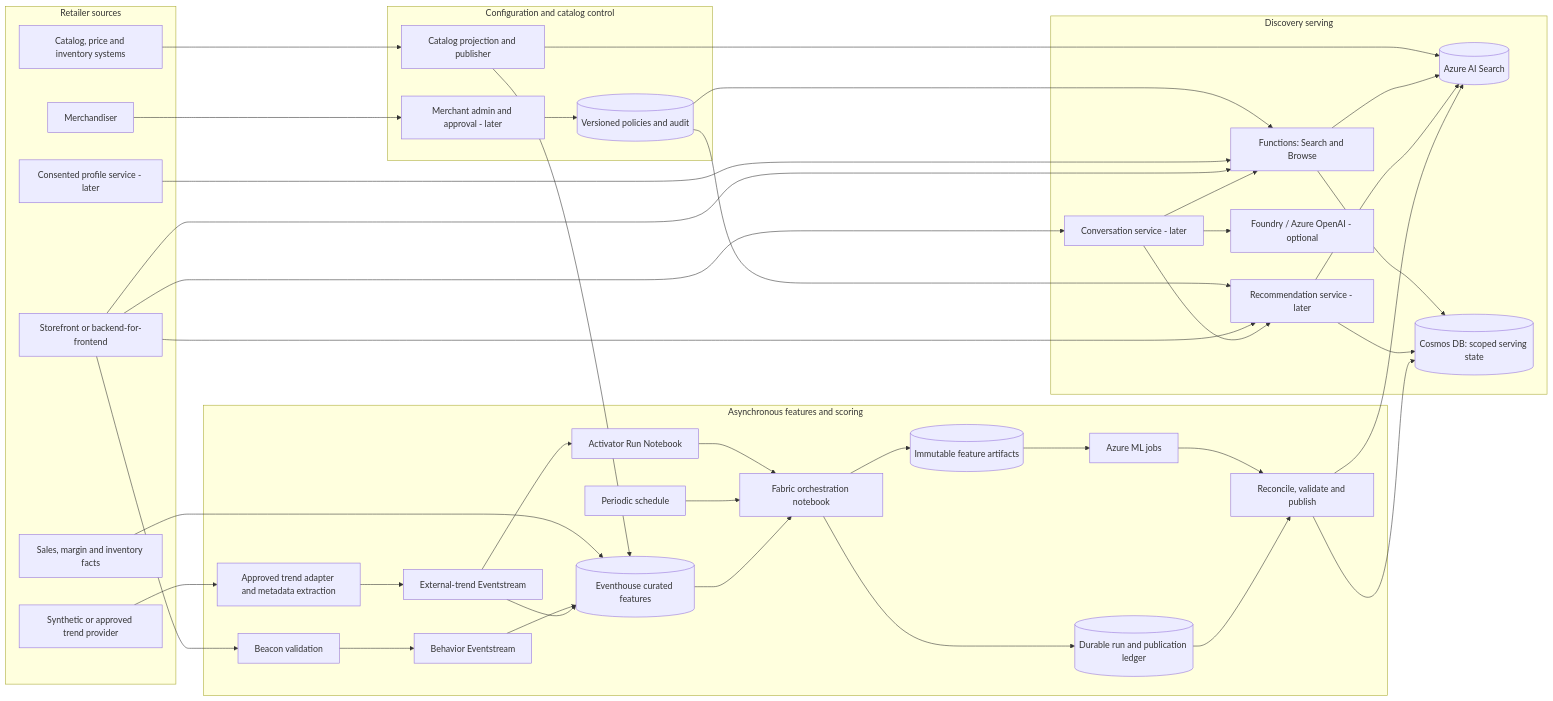
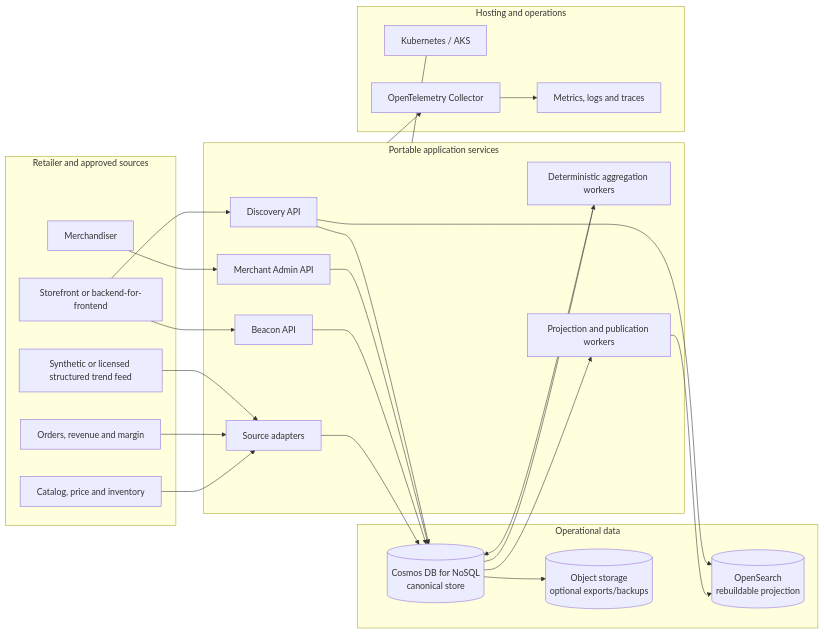
The first of 2 diagrams in docs/architecture/azure-commerce-search-platform-design.md (duongthaiha/dynamic-real-time-search), drawn with Mermaid before and after one commit. The commit also changed other lines of this file and 1 other file, not shown here.

````diff
--- a/docs/architecture/azure-commerce-search-platform-design.md
+++ b/docs/architecture/azure-commerce-search-platform-design.md
@@ -53,65 +90,50 @@
 ```mermaid
 flowchart LR
-    subgraph Sources["Retailer sources"]
-        CAT["Catalog, price and inventory systems"]
-        COM["Sales, margin and inventory facts"]
+    subgraph Sources["Retailer and approved sources"]
+        CAT["Catalog, price and inventory"]
+        COM["Orders, revenue and margin"]
+        EXT["Synthetic or licensed structured trend feed"]
         SHOP["Storefront or backend-for-frontend"]
-        PROF["Consented profile service - later"]
-        EXT["Synthetic or approved trend provider"]
         MER["Merchandiser"]
     end
-    subgraph Serving["Discovery serving"]
-        API["Functions: Search and Browse"]
-        REC["Recommendation service - later"]
-        CONV["Conversation service - later"]
-        IDX[("Azure AI Search")]
-        STATE[("Cosmos DB: scoped serving state")]
-        LLM["Foundry / Azure OpenAI - optional"]
+
+    subgraph Services["Portable application services"]
+        API["Discovery API"]
+        BEA["Beacon API"]
+        ADMIN["Merchant Admin API"]
+        ING["Source adapters"]
+        AGG["Deterministic aggregation workers"]
+        PUB["Projection and publication workers"]
     end
-    subgraph Control["Configuration and catalog control"]
-        SYNC["Catalog projection and publisher"]
-        ADMIN["Merchant admin and approval - later"]
-        CFG[("Versioned policies and audit")]
+
+    subgraph Data["Operational data"]
+        COSMOS[("Cosmos DB for NoSQL\ncanonical store")]
+        SEARCH[("OpenSearch\nrebuildable projection")]
+        OBJ[("Object storage\noptional exports/backups")]
     end
-    subgraph Learning["Asynchronous features and scoring"]
-        BEA["Beacon validation"]
-        BES["Behavior Eventstream"]
-        EXTAD["Approved trend adapter and metadata extraction"]
-        XES["External-trend Eventstream"]
-        EH[("Eventhouse curated features")]
-        ACT["Activator Run Notebook"]
-        NB["Fabric orchestration notebook"]
-        SCHED["Periodic schedule"]
-        SNAP[("Immutable feature artifacts")]
-        ML["Azure ML jobs"]
-        LEDGER[("Durable run and publication ledger")]
-        PUB["Reconcile, validate and publish"]
+
+    subgraph Operations["Hosting and operations"]
+        K8S["Kubernetes / AKS"]
+        OTEL["OpenTelemetry Collector"]
+        OBS["Metrics, logs and traces"]
     end
-    CAT --> SYNC
-    SYNC --> IDX
-    SYNC --> EH
-    COM --> EH
-    MER --> ADMIN --> CFG
-    CFG --> API
-    CFG --> REC
-    PROF --> API
-    SHOP --> API --> IDX
-    API --> STATE
-    SHOP --> REC
-    REC --> STATE
-    REC --> IDX
-    SHOP --> CONV
-    CONV --> LLM
-    CONV --> API
-    CONV --> REC
-    SHOP --> BEA --> BES --> EH
-    EXT --> EXTAD --> XES --> EH
-    XES --> ACT --> NB
-    SCHED --> NB
-    EH --> NB --> SNAP --> ML
-    NB --> LEDGER
-    ML --> PUB
-    LEDGER --> PUB
-    PUB --> IDX
-    PUB --> STATE
+
+    CAT --> ING
+    COM --> ING
+    EXT --> ING
+    SHOP --> API
+    SHOP --> BEA
+    MER --> ADMIN
+    ING --> COSMOS
+    BEA --> COSMOS
+    ADMIN --> COSMOS
+    COSMOS --> AGG
+    AGG --> COSMOS
+    COSMOS --> PUB
+    PUB --> SEARCH
+    API --> SEARCH
+    API --> COSMOS
+    COSMOS --> OBJ
+    Services --- K8S
+    Services --> OTEL --> OBS
 ```
````
